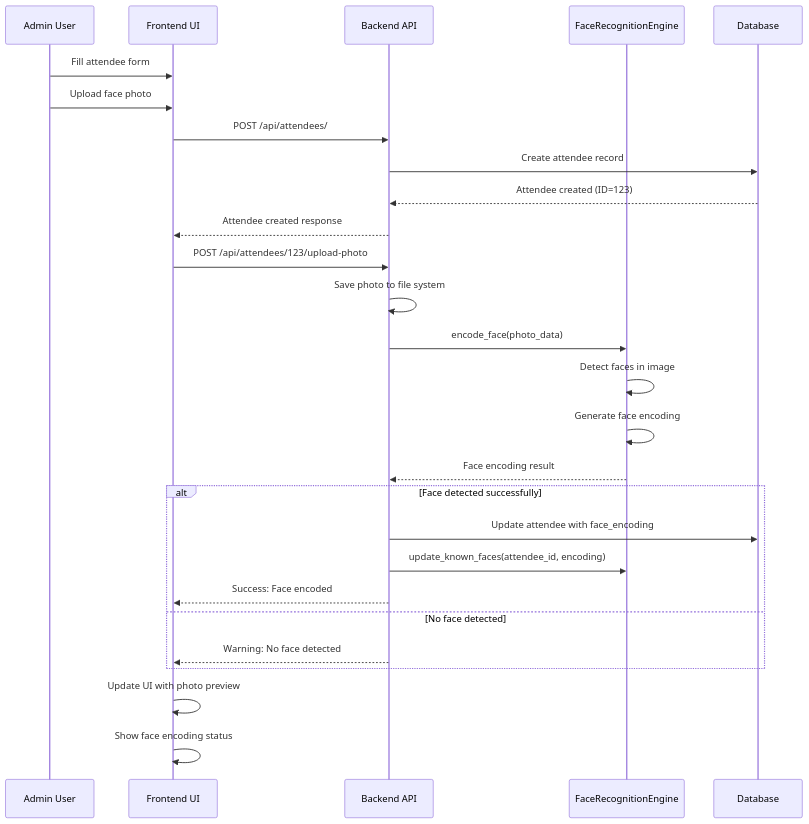
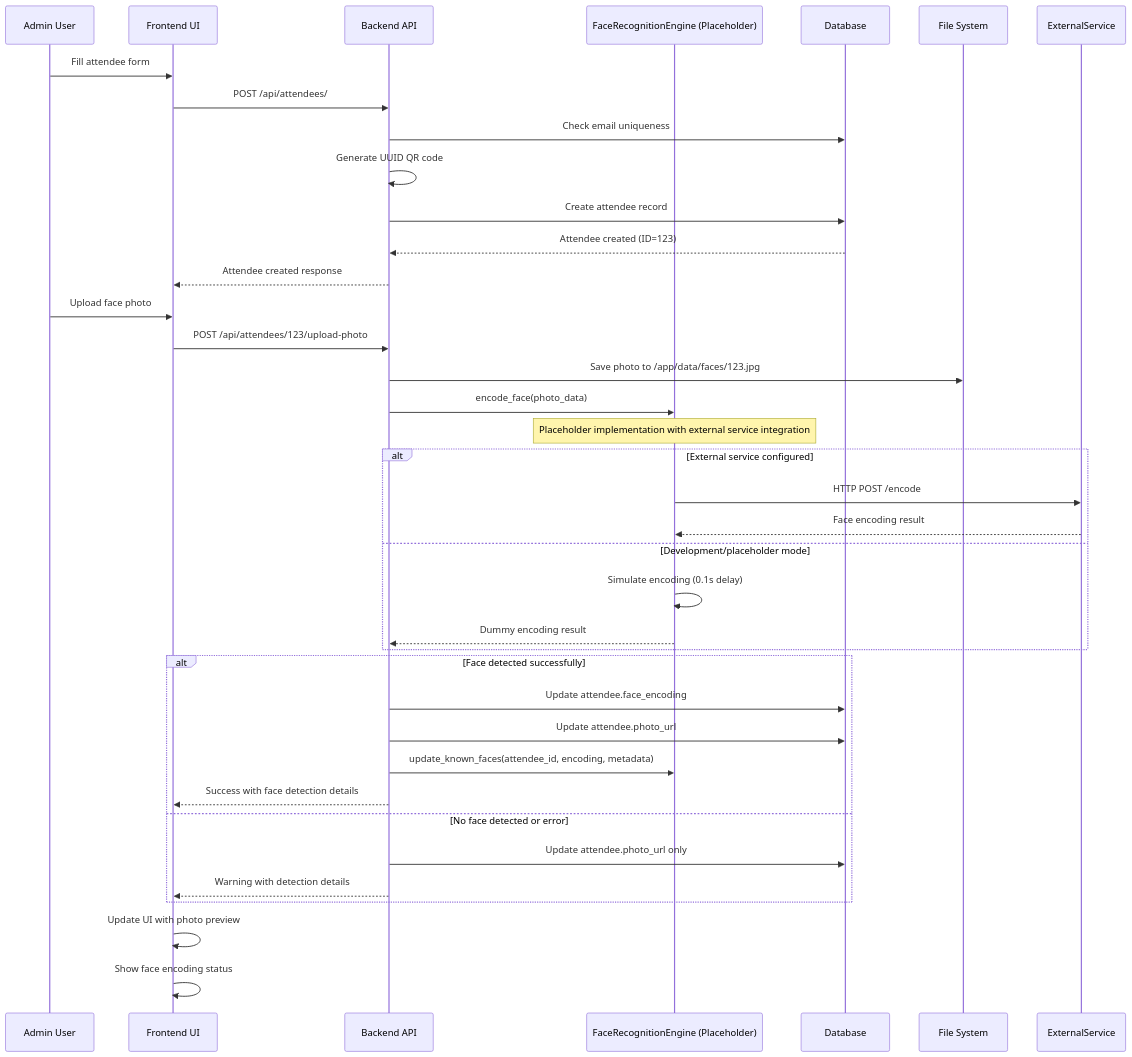
The first of 6 diagrams in design/sequence_diagrams.md (yaweiyang-sz/VIPReceptionSystem), drawn with Mermaid before and after one commit. The commit also changed other lines of this file, not shown here.

````diff
--- a/design/sequence_diagrams.md
+++ b/design/sequence_diagrams.md
@@ -20,33 +21,44 @@
 ```mermaid
 sequenceDiagram
     participant Admin as Admin User
     participant Frontend as Frontend UI
     participant Backend as Backend API
-    participant FaceEngine as FaceRecognitionEngine
+    participant FaceEngine as FaceRecognitionEngine (Placeholder)
     participant DB as Database
+    participant FileSystem as File System
 
     Admin->>Frontend: Fill attendee form
-    Admin->>Frontend: Upload face photo
     Frontend->>Backend: POST /api/attendees/
+    Backend->>DB: Check email uniqueness
+    Backend->>Backend: Generate UUID QR code
     Backend->>DB: Create attendee record
     DB-->>Backend: Attendee created (ID=123)
     Backend-->>Frontend: Attendee created response
     
+    Admin->>Frontend: Upload face photo
     Frontend->>Backend: POST /api/attendees/123/upload-photo
-    Backend->>Backend: Save photo to file system
+    Backend->>FileSystem: Save photo to /app/data/faces/123.jpg
     Backend->>FaceEngine: encode_face(photo_data)
-    FaceEngine->>FaceEngine: Detect faces in image
-    FaceEngine->>FaceEngine: Generate face encoding
-    FaceEngine-->>Backend: Face encoding result
+    
+    Note over FaceEngine: Placeholder implementation with external service integration
+    alt External service configured
+        FaceEngine->>ExternalService: HTTP POST /encode
+        ExternalService-->>FaceEngine: Face encoding result
+    else Development/placeholder mode
+        FaceEngine->>FaceEngine: Simulate encoding (0.1s delay)
+        FaceEngine-->>Backend: Dummy encoding result
+    end
     
     alt Face detected successfully
-        Backend->>DB: Update attendee with face_encoding
-        Backend->>FaceEngine: update_known_faces(attendee_id, encoding)
-        Backend-->>Frontend: Success: Face encoded
-    else No face detected
-        Backend-->>Frontend: Warning: No face detected
+        Backend->>DB: Update attendee.face_encoding
+        Backend->>DB: Update attendee.photo_url
+        Backend->>FaceEngine: update_known_faces(attendee_id, encoding, metadata)
+        Backend-->>Frontend: Success with face detection details
+    else No face detected or error
+        Backend->>DB: Update attendee.photo_url only
+        Backend-->>Frontend: Warning with detection details
     end
     
     Frontend->>Frontend: Update UI with photo preview
     Frontend->>Frontend: Show face encoding status
 ```
````
